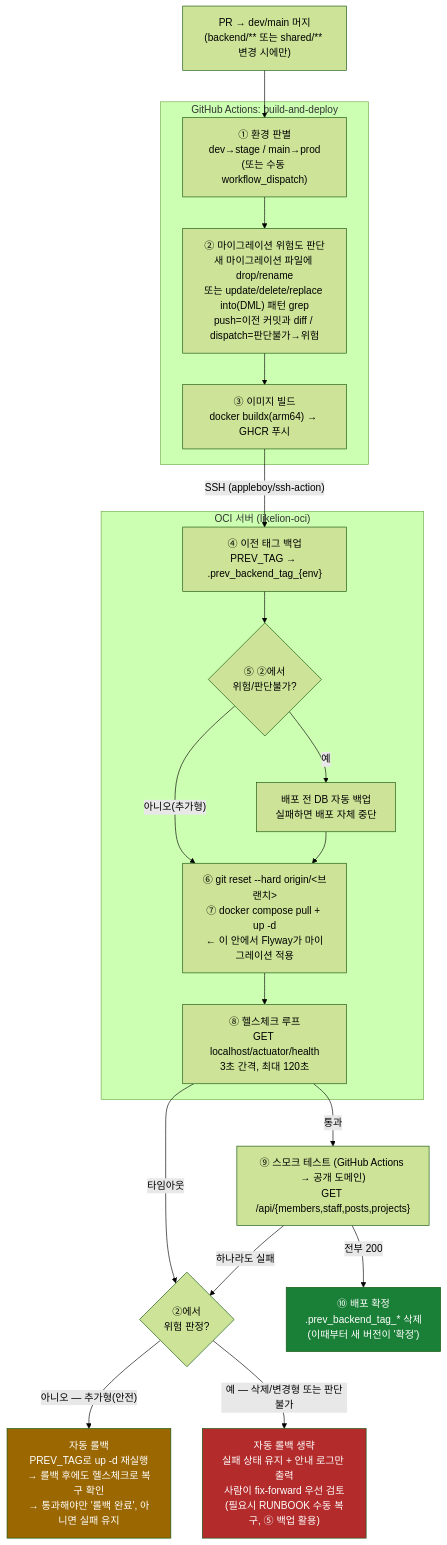
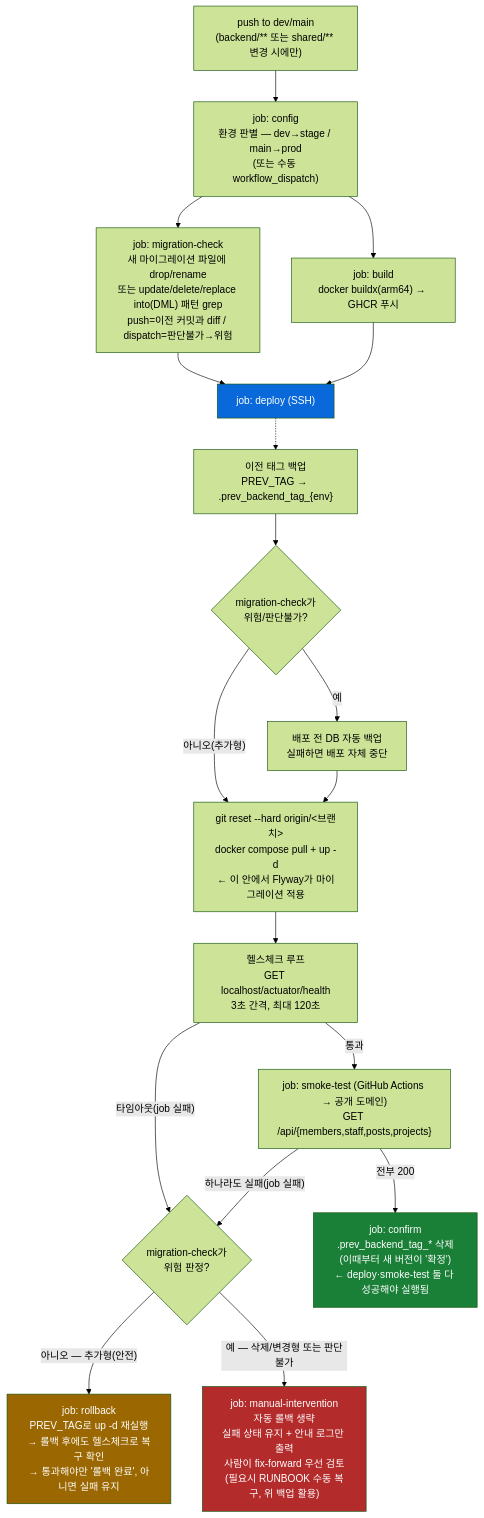
The diagram in infra/docs/CI-CD.md (likelion-khu-official/website), drawn with Mermaid (forest theme) before and after one commit. The commit also changed other lines of this file, not shown here.

Commit message:
docs(infra): CI-CD.md 다이어그램을 cd.yml의 다중 job 구조에 맞게 갱신
job 이름(config/migration-check/build/deploy/smoke-test/confirm/rollback
/manual-intervention)을 그대로 노출하고, job 간 상태 전달 방식(outputs +
서버 파일)과 always() 조건이 필요한 이유를 설명 추가.

````diff
--- a/infra/docs/CI-CD.md
+++ b/infra/docs/CI-CD.md
@@ -9,35 +9,33 @@
 ```mermaid
 flowchart TD
-    Trigger["PR → dev/main 머지<br/>(backend/** 또는 shared/** 변경 시에만)"] --> S1
+    Trigger["push to dev/main<br/>(backend/** 또는 shared/** 변경 시에만)"] --> S1
 
-    subgraph GHA["GitHub Actions: build-and-deploy"]
-        S1["① 환경 판별<br/>dev→stage / main→prod<br/>(또는 수동 workflow_dispatch)"] --> S2
-        S2["② 마이그레이션 위험도 판단<br/>새 마이그레이션 파일에 drop/rename<br/>또는 update/delete/replace into(DML) 패턴 grep<br/>push=이전 커밋과 diff / dispatch=판단불가→위험"] --> S3
-        S3["③ 이미지 빌드<br/>docker buildx(arm64) → GHCR 푸시"]
-    end
+    S1["job: config<br/>환경 판별 — dev→stage / main→prod<br/>(또는 수동 workflow_dispatch)"] --> S2
+    S1 --> S3
+    S2["job: migration-check<br/>새 마이그레이션 파일에 drop/rename<br/>또는 update/delete/replace into(DML) 패턴 grep<br/>push=이전 커밋과 diff / dispatch=판단불가→위험"] --> S4
+    S3["job: build<br/>docker buildx(arm64) → GHCR 푸시"] --> S4
 
-    S3 -->|"SSH (appleboy/ssh-action)"| S4
-
-    subgraph OCI["OCI 서버 (likelion-oci)"]
-        S4["④ 이전 태그 백업<br/>PREV_TAG → .prev_backend_tag_{env}"] --> Risky{"⑤ ②에서<br/>위험/판단불가?"}
-        Risky -->|"예"| Backup["배포 전 DB 자동 백업<br/>실패하면 배포 자체 중단"]
-        Risky -->|"아니오(추가형)"| S7
-        Backup --> S7
-        S7["⑥ git reset --hard origin/&lt;브랜치&gt;<br/>⑦ docker compose pull + up -d<br/>← 이 안에서 Flyway가 마이그레이션 적용"] --> S8
-        S8["⑧ 헬스체크 루프<br/>GET localhost/actuator/health<br/>3초 간격, 최대 120초"]
-    end
+    S4["job: deploy (SSH)"]
+    S4a["이전 태그 백업<br/>PREV_TAG → .prev_backend_tag_{env}"] --> Risky{"migration-check가<br/>위험/판단불가?"}
+    Risky -->|"예"| Backup["배포 전 DB 자동 백업<br/>실패하면 배포 자체 중단"]
+    Risky -->|"아니오(추가형)"| S7
+    Backup --> S7
+    S7["git reset --hard origin/&lt;브랜치&gt;<br/>docker compose pull + up -d<br/>← 이 안에서 Flyway가 마이그레이션 적용"] --> S8
+    S8["헬스체크 루프<br/>GET localhost/actuator/health<br/>3초 간격, 최대 120초"]
+    S4 -.-> S4a
 
     S8 -->|"통과"| Smoke
-    S8 -->|"타임아웃"| Failed{"②에서<br/>위험 판정?"}
+    S8 -->|"타임아웃(job 실패)"| Failed{"migration-check가<br/>위험 판정?"}
 
-    Smoke["⑨ 스모크 테스트 (GitHub Actions → 공개 도메인)<br/>GET /api/{members,staff,posts,projects}"]
-    Smoke -->|"전부 200"| Confirm["⑩ 배포 확정<br/>.prev_backend_tag_* 삭제<br/>(이때부터 새 버전이 '확정')"]
-    Smoke -->|"하나라도 실패"| Failed
+    Smoke["job: smoke-test (GitHub Actions → 공개 도메인)<br/>GET /api/{members,staff,posts,projects}"]
+    Smoke -->|"전부 200"| Confirm["job: confirm<br/>.prev_backend_tag_* 삭제<br/>(이때부터 새 버전이 '확정')<br/>← deploy·smoke-test 둘 다 성공해야 실행됨"]
+    Smoke -->|"하나라도 실패(job 실패)"| Failed
 
-    Failed -->|"아니오 — 추가형(안전)"| Rollback["자동 롤백<br/>PREV_TAG로 up -d 재실행<br/>→ 롤백 후에도 헬스체크로 복구 확인<br/>→ 통과해야만 '롤백 완료', 아니면 실패 유지"]
-    Failed -->|"예 — 삭제/변경형 또는 판단불가"| Manual["자동 롤백 생략<br/>실패 상태 유지 + 안내 로그만 출력<br/>사람이 fix-forward 우선 검토<br/>(필요시 RUNBOOK 수동 복구, ⑤ 백업 활용)"]
+    Failed -->|"아니오 — 추가형(안전)"| Rollback["job: rollback<br/>PREV_TAG로 up -d 재실행<br/>→ 롤백 후에도 헬스체크로 복구 확인<br/>→ 통과해야만 '롤백 완료', 아니면 실패 유지"]
+    Failed -->|"예 — 삭제/변경형 또는 판단불가"| Manual["job: manual-intervention<br/>자동 롤백 생략<br/>실패 상태 유지 + 안내 로그만 출력<br/>사람이 fix-forward 우선 검토<br/>(필요시 RUNBOOK 수동 복구, 위 백업 활용)"]
 
     style Confirm fill:#1a7f37,color:#fff
     style Rollback fill:#9a6700,color:#fff
     style Manual fill:#b32b2b,color:#fff
+    style S4 fill:#0969da,color:#fff
 ```
````
